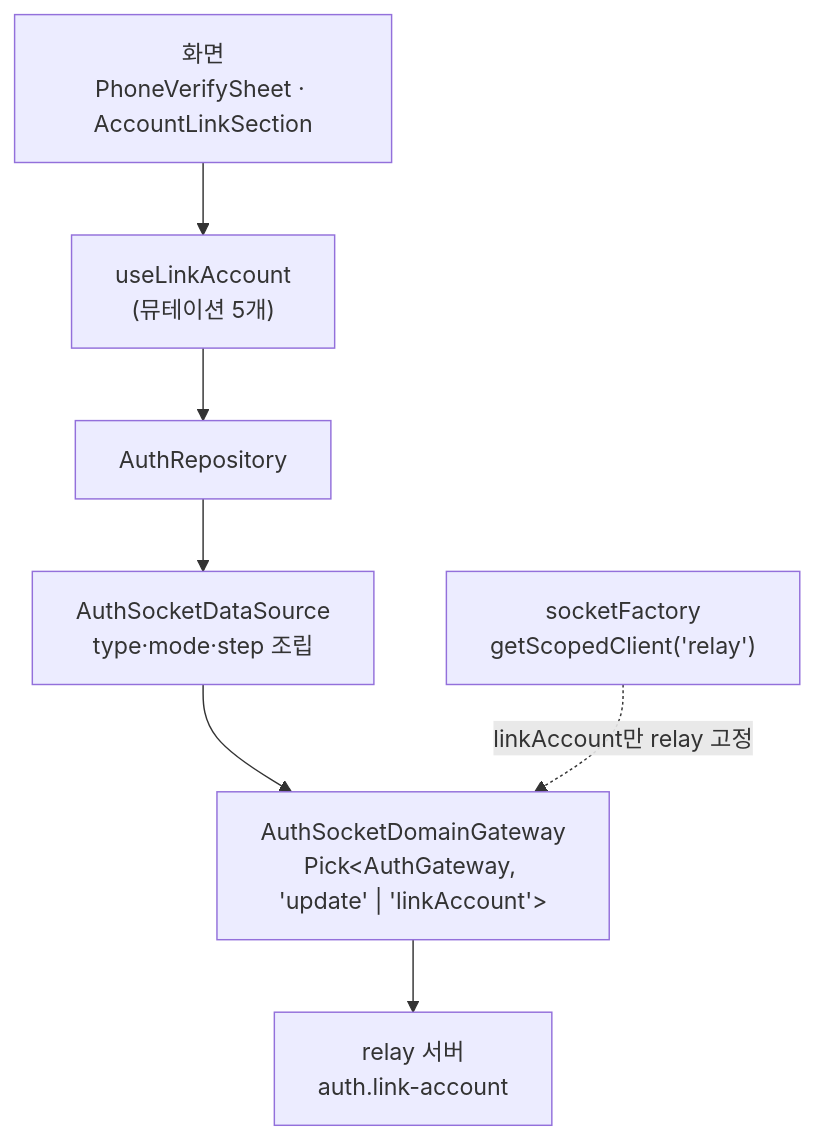
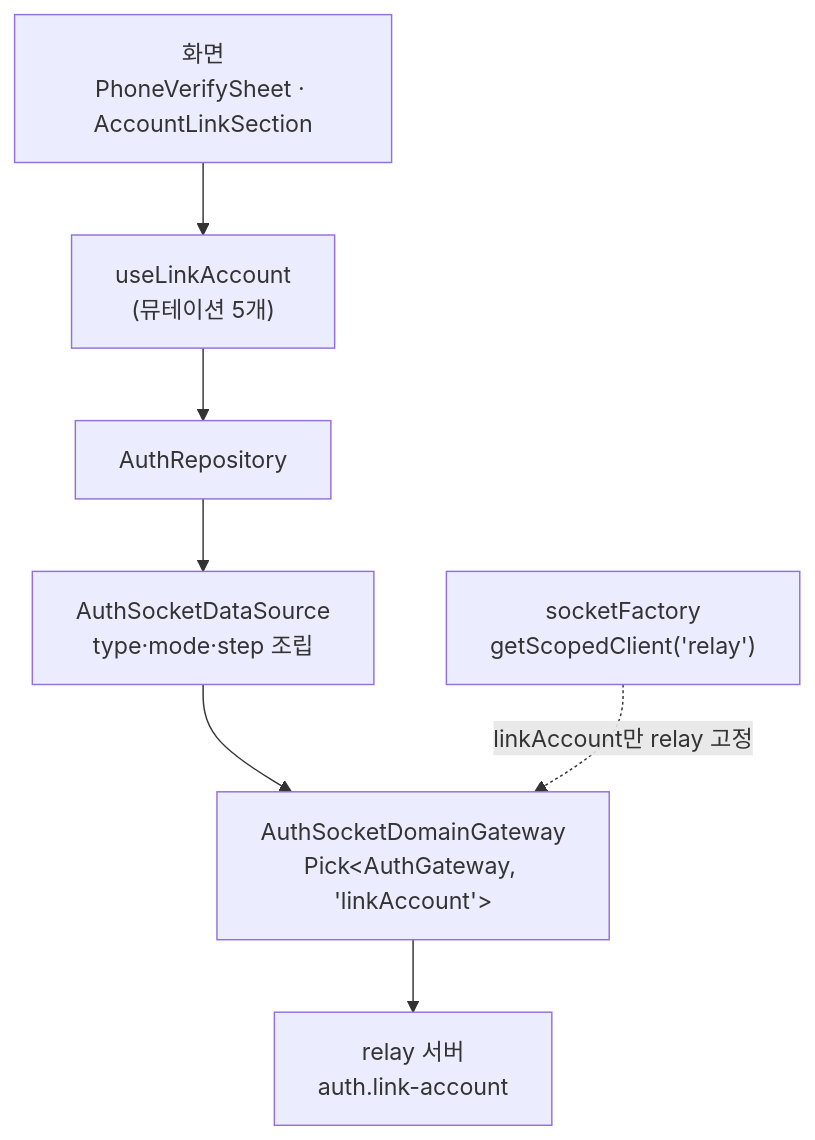
Before and after one commit to lemoncloud-io/dou-app: the first of 3 diagrams in apps/web/docs/feature/auth/account-linking.md, drawn with Mermaid. The commit also changed other lines of this file and 5 other files, not shown here.

First line of the commit message:
docs(web/auth,account): auth.update is excluded from the gateway, not kept in it

````diff
--- a/apps/web/docs/feature/auth/account-linking.md
+++ b/apps/web/docs/feature/auth/account-linking.md
@@ -123,14 +123,14 @@
 ```mermaid
 graph TD
     UI["화면<br/>PhoneVerifySheet · AccountLinkSection"]
     HK["useLinkAccount<br/>(뮤테이션 5개)"]
     RP["AuthRepository"]
     DS["AuthSocketDataSource<br/>type·mode·step 조립"]
-    GW["AuthSocketDomainGateway<br/>Pick&lt;AuthGateway, 'update' | 'linkAccount'&gt;"]
+    GW["AuthSocketDomainGateway<br/>Pick&lt;AuthGateway, 'linkAccount'&gt;"]
     RF["socketFactory<br/>getScopedClient('relay')"]
     SRV["relay 서버<br/>auth.link-account"]
 
     UI --> HK --> RP --> DS --> GW
     RF -.->|linkAccount만 relay 고정| GW
     GW --> SRV
 ```
````
